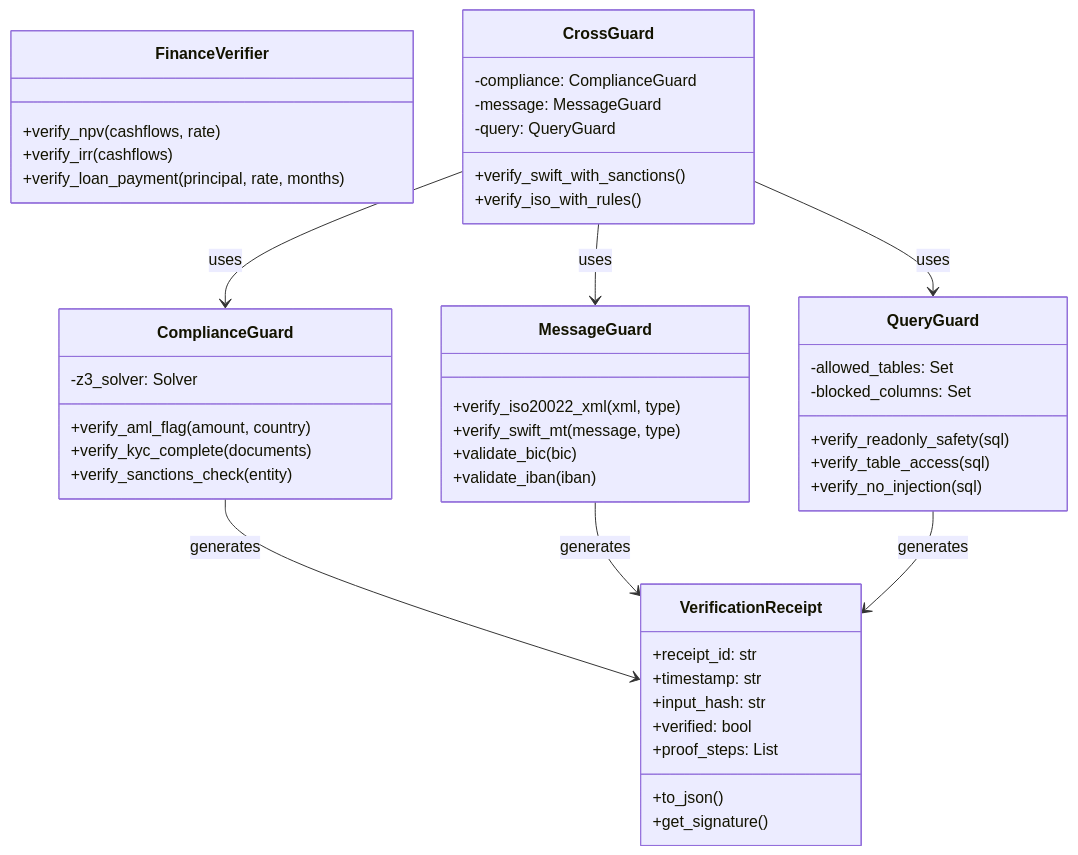
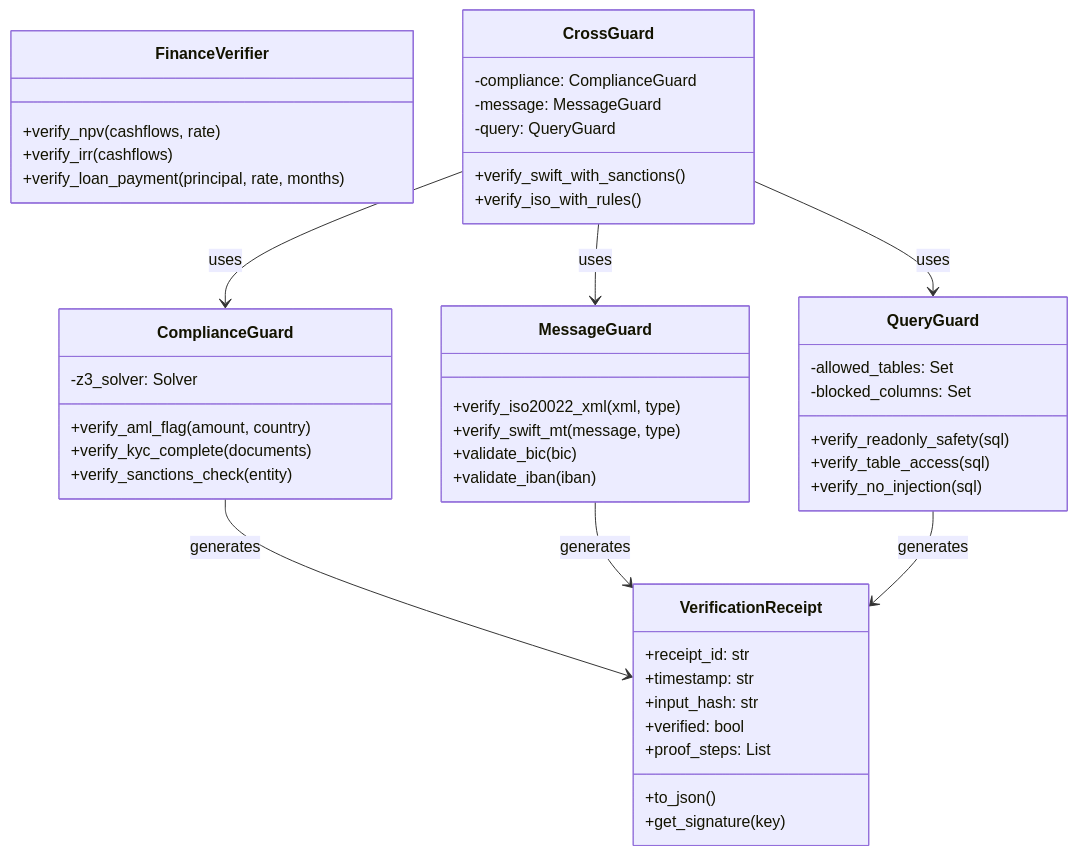
One commit to QWED-AI/docs changed the seventh of 8 diagrams in finance/design.mdx. Above: the diagram before and after it, drawn with Mermaid. The commit also changed 1 other file, not shown here.

Commit message:
docs(finance): update receipt signature example for keyed HMAC over full receipt

````diff
--- a/finance/design.mdx
+++ b/finance/design.mdx
@@ -195,55 +195,55 @@
 ```mermaid
 classDiagram
     class FinanceVerifier {
         +verify_npv(cashflows, rate)
         +verify_irr(cashflows)
         +verify_loan_payment(principal, rate, months)
     }
     
     class ComplianceGuard {
         -z3_solver: Solver
         +verify_aml_flag(amount, country)
         +verify_kyc_complete(documents)
         +verify_sanctions_check(entity)
     }
     
     class MessageGuard {
         +verify_iso20022_xml(xml, type)
         +verify_swift_mt(message, type)
         +validate_bic(bic)
         +validate_iban(iban)
     }
     
     class QueryGuard {
         -allowed_tables: Set
         -blocked_columns: Set
         +verify_readonly_safety(sql)
         +verify_table_access(sql)
         +verify_no_injection(sql)
     }
     
     class VerificationReceipt {
         +receipt_id: str
         +timestamp: str
         +input_hash: str
         +verified: bool
         +proof_steps: List
         +to_json()
-        +get_signature()
+        +get_signature(key)
     }
     
     class CrossGuard {
         -compliance: ComplianceGuard
         -message: MessageGuard
         -query: QueryGuard
         +verify_swift_with_sanctions()
         +verify_iso_with_rules()
     }
     
     ComplianceGuard --> VerificationReceipt : generates
     MessageGuard --> VerificationReceipt : generates
     QueryGuard --> VerificationReceipt : generates
     CrossGuard --> ComplianceGuard : uses
     CrossGuard --> MessageGuard : uses
     CrossGuard --> QueryGuard : uses
 ```
````
